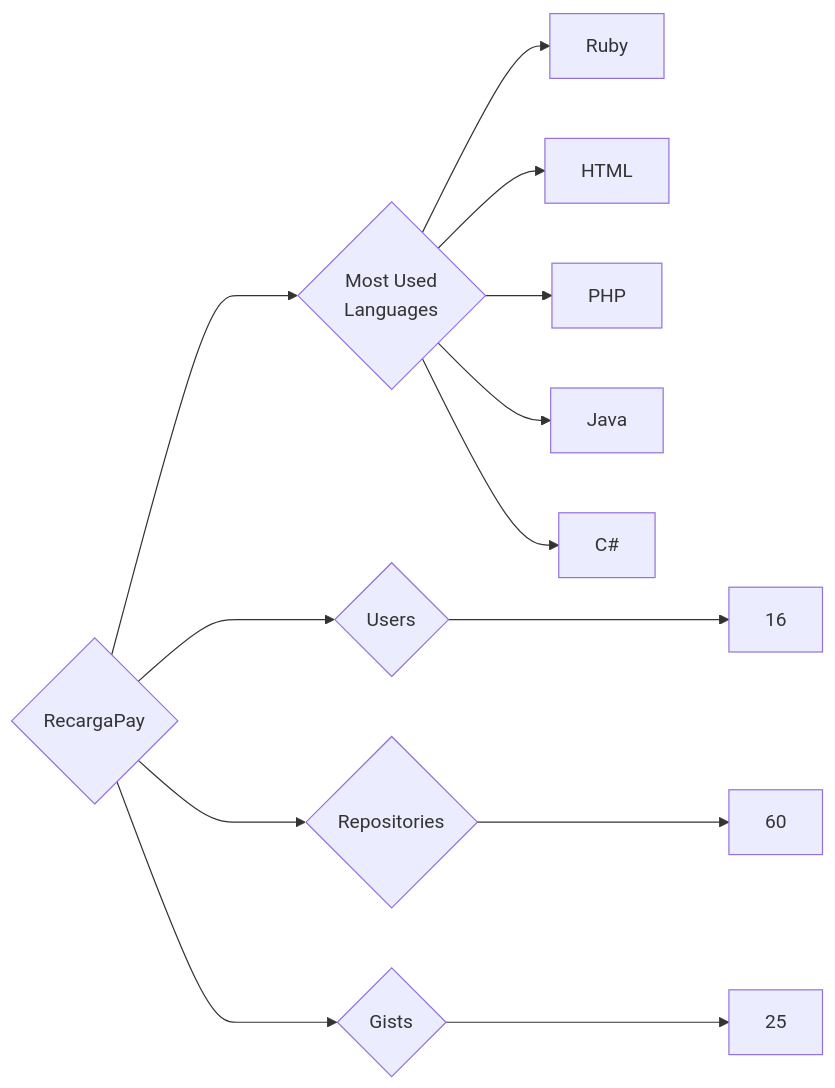
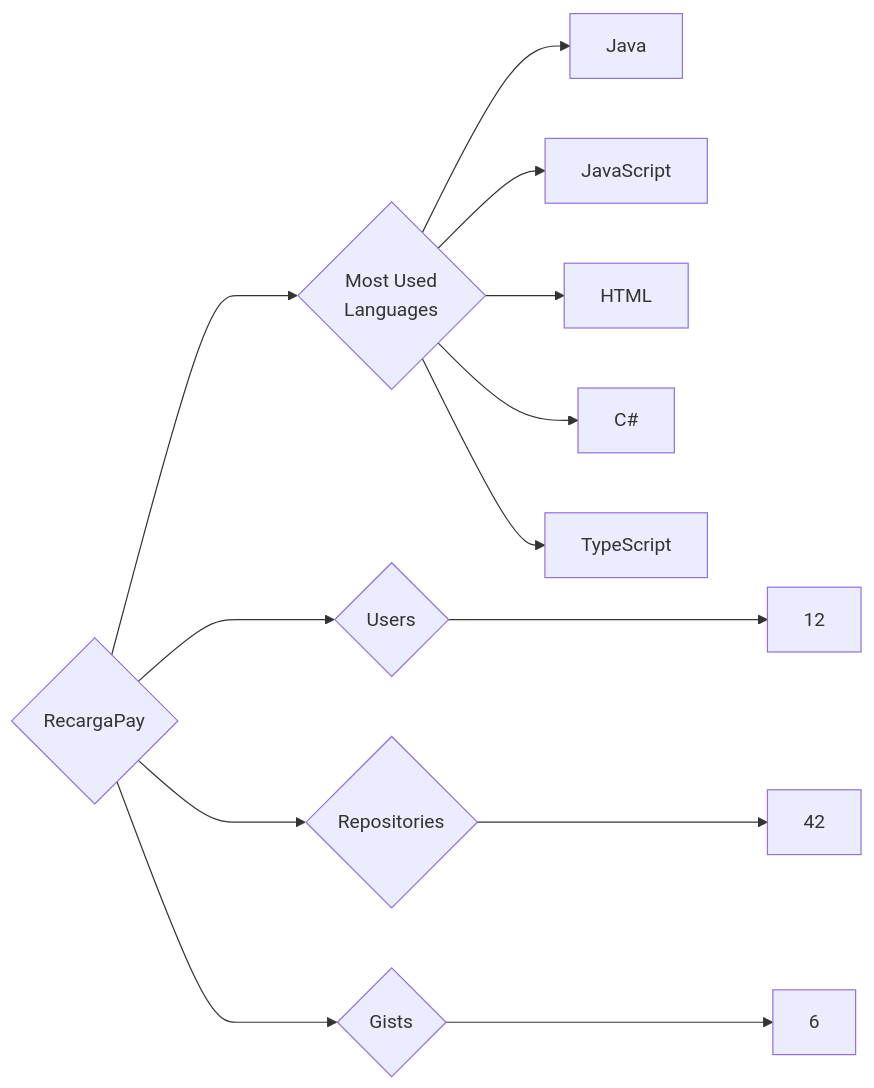
The diagram in targets/RecargaPay/README.md (trickest/insiders), drawn with Mermaid before and after one commit. The commit also changed 970 other files, not shown here.

````diff
--- a/targets/RecargaPay/README.md
+++ b/targets/RecargaPay/README.md
@@ -3,13 +3,13 @@
 ```mermaid
 graph LR
 COMPANY_NAME{RecargaPay}
-COMPANY_NAME ---> U{Users} ---> UN[16]
-COMPANY_NAME ---> R{Repositories} ---> RN[60]
-COMPANY_NAME ---> G{Gists} ---> GN[25]
+COMPANY_NAME ---> U{Users} ---> UN[12]
+COMPANY_NAME ---> R{Repositories} ---> RN[42]
+COMPANY_NAME ---> G{Gists} ---> GN[6]
 COMPANY_NAME ---> ML{Most Used<br>Languages}
-ML --> Ruby[Ruby]
+ML --> Java[Java]
+ML --> JavaScript[JavaScript]
 ML --> HTML[HTML]
-ML --> PHP[PHP]
-ML --> Java[Java]
 ML --> C#[C#]
+ML --> TypeScript[TypeScript]
 ```
````
